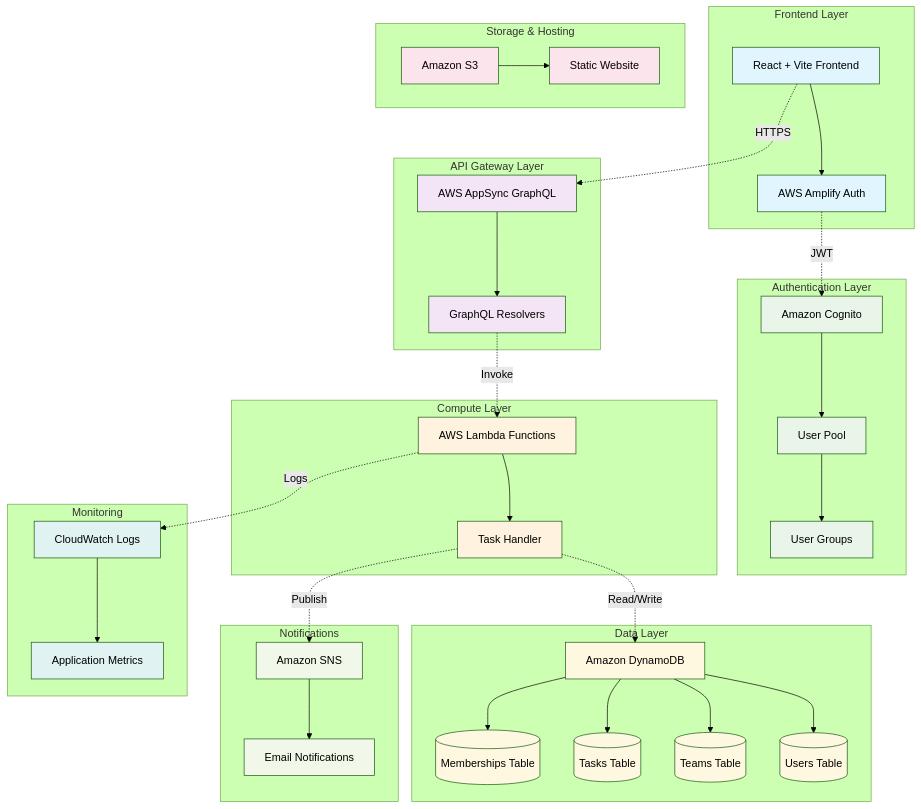
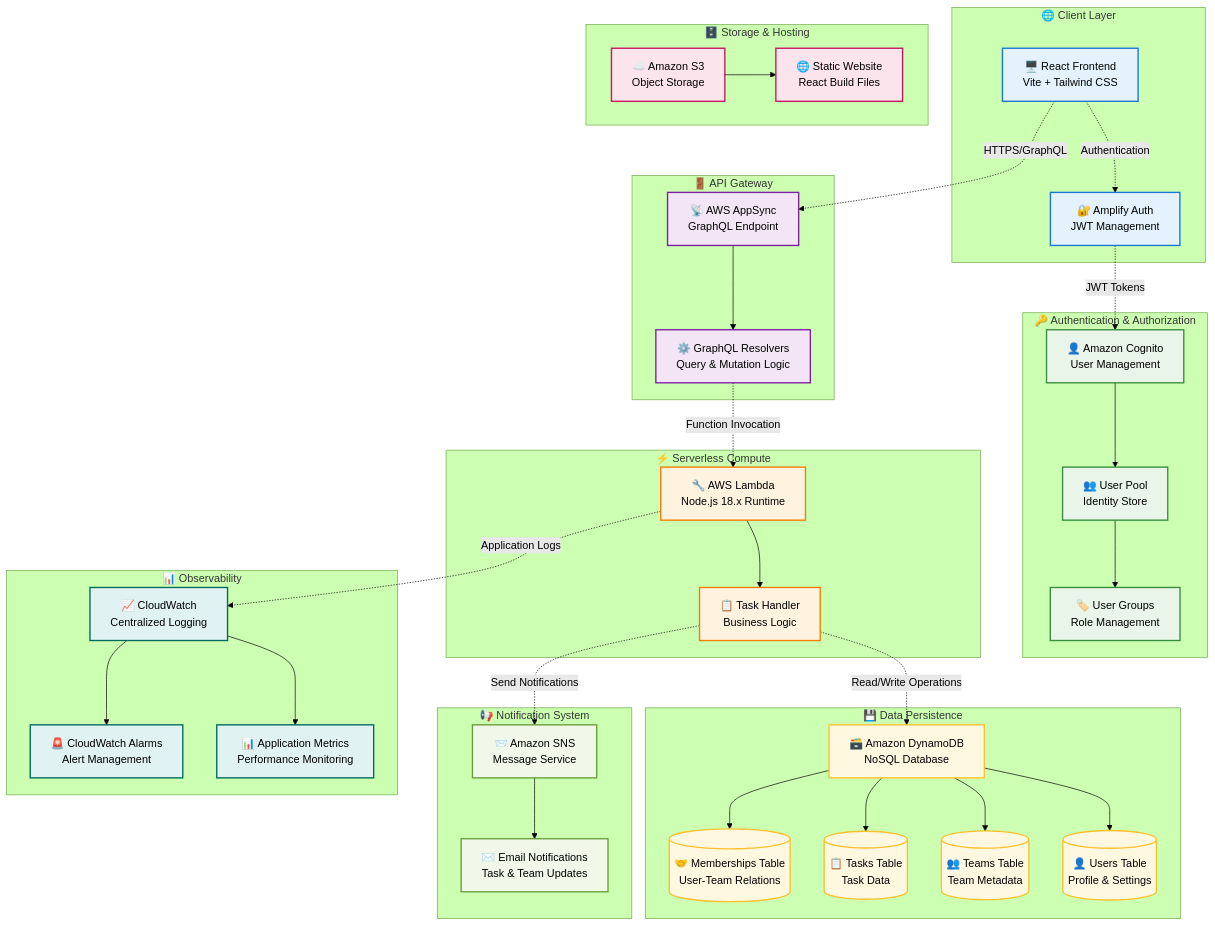
Before and after one commit to mangucletus/aws-serverless-task-management-system: the first of 6 diagrams in README.md, drawn with Mermaid (forest theme). The commit also changed other lines of this file and 21 other files, not shown here.

````diff
--- a/README.md
+++ b/README.md
@@ -29,76 +31,80 @@
 ```mermaid
 graph TB
-    subgraph "Frontend Layer"
-        UI[React + Vite Frontend]
-        AUTH[AWS Amplify Auth]
-        UI --> AUTH
+    subgraph "🌐 Client Layer"
+        UI[🖥️ React Frontend<br/>Vite + Tailwind CSS]
+        AUTH[🔐 Amplify Auth<br/>JWT Management]
+        UI -.->|Authentication| AUTH
     end
     
-    subgraph "API Gateway Layer"
-        APPSYNC[AWS AppSync GraphQL]
-        RESOLVERS[GraphQL Resolvers]
+    subgraph "🚪 API Gateway"
+        APPSYNC[📡 AWS AppSync<br/>GraphQL Endpoint]
+        RESOLVERS[⚙️ GraphQL Resolvers<br/>Query & Mutation Logic]
         APPSYNC --> RESOLVERS
     end
     
-    subgraph "Compute Layer"
-        LAMBDA[AWS Lambda Functions]
-        HANDLER[Task Handler]
+    subgraph "⚡ Serverless Compute"
+        LAMBDA[🔧 AWS Lambda<br/>Node.js 18.x Runtime]
+        HANDLER[📋 Task Handler<br/>Business Logic]
         LAMBDA --> HANDLER
     end
     
-    subgraph "Authentication Layer"
-        COGNITO[Amazon Cognito]
-        USERPOOL[User Pool]
-        GROUPS[User Groups]
+    subgraph "🔑 Authentication & Authorization"
+        COGNITO[👤 Amazon Cognito<br/>User Management]
+        USERPOOL[👥 User Pool<br/>Identity Store]
+        GROUPS[🏷️ User Groups<br/>Role Management]
         COGNITO --> USERPOOL
         USERPOOL --> GROUPS
     end
     
-    subgraph "Data Layer"
-        DYNAMODB[Amazon DynamoDB]
-        USERS[(Users Table)]
-        TEAMS[(Teams Table)]
-        TASKS[(Tasks Table)]
-        MEMBERS[(Memberships Table)]
+    subgraph "💾 Data Persistence"
+        DYNAMODB[🗃️ Amazon DynamoDB<br/>NoSQL Database]
+        USERS[(👤 Users Table<br/>Profile & Settings)]
+        TEAMS[(👥 Teams Table<br/>Team Metadata)]
+        TASKS[(📋 Tasks Table<br/>Task Data)]
+        MEMBERS[(🤝 Memberships Table<br/>User-Team Relations)]
         DYNAMODB --> USERS
         DYNAMODB --> TEAMS
         DYNAMODB --> TASKS
         DYNAMODB --> MEMBERS
     end
     
-    subgraph "Storage & Hosting"
-        S3[Amazon S3]
-        WEBSITE[Static Website]
+    subgraph "🗄️ Storage & Hosting"
+        S3[☁️ Amazon S3<br/>Object Storage]
+        WEBSITE[🌐 Static Website<br/>React Build Files]
         S3 --> WEBSITE
     end
     
-    subgraph "Notifications"
-        SNS[Amazon SNS]
-        NOTIFICATIONS[Email Notifications]
+    subgraph "📢 Notification System"
+        SNS[📨 Amazon SNS<br/>Message Service]
+        NOTIFICATIONS[✉️ Email Notifications<br/>Task & Team Updates]
         SNS --> NOTIFICATIONS
     end
     
-    subgraph "Monitoring"
-        CLOUDWATCH[CloudWatch Logs]
-        METRICS[Application Metrics]
+    subgraph "📊 Observability"
+        CLOUDWATCH[📈 CloudWatch<br/>Centralized Logging]
+        METRICS[📊 Application Metrics<br/>Performance Monitoring]
+        ALARMS[🚨 CloudWatch Alarms<br/>Alert Management]
         CLOUDWATCH --> METRICS
+        CLOUDWATCH --> ALARMS
     end
     
-    UI -.->|HTTPS| APPSYNC
-    AUTH -.->|JWT| COGNITO
-    RESOLVERS -.->|Invoke| LAMBDA
-    HANDLER -.->|Read/Write| DYNAMODB
-    HANDLER -.->|Publish| SNS
-    LAMBDA -.->|Logs| CLOUDWATCH
+    %% Data Flow Connections
+    UI -.->|HTTPS/GraphQL| APPSYNC
+    AUTH -.->|JWT Tokens| COGNITO
+    RESOLVERS -.->|Function Invocation| LAMBDA
+    HANDLER -.->|Read/Write Operations| DYNAMODB
+    HANDLER -.->|Send Notifications| SNS
+    LAMBDA -.->|Application Logs| CLOUDWATCH
     
-    classDef frontend fill:#e1f5fe
-    classDef api fill:#f3e5f5
-    classDef compute fill:#fff3e0
-    classDef auth fill:#e8f5e8
-    classDef data fill:#fff8e1
-    classDef storage fill:#fce4ec
-    classDef notification fill:#f1f8e9
-    classDef monitoring fill:#e0f2f1
+    %% Styling
+    classDef frontend fill:#e3f2fd,stroke:#1976d2,stroke-width:2px,color:#000
+    classDef api fill:#f3e5f5,stroke:#7b1fa2,stroke-width:2px,color:#000
+    classDef compute fill:#fff3e0,stroke:#f57c00,stroke-width:2px,color:#000
+    classDef auth fill:#e8f5e8,stroke:#388e3c,stroke-width:2px,color:#000
+    classDef data fill:#fff8e1,stroke:#fbc02d,stroke-width:2px,color:#000
+    classDef storage fill:#fce4ec,stroke:#c2185b,stroke-width:2px,color:#000
+    classDef notification fill:#f1f8e9,stroke:#689f38,stroke-width:2px,color:#000
+    classDef monitoring fill:#e0f2f1,stroke:#00695c,stroke-width:2px,color:#000
     
     class UI,AUTH frontend
     class APPSYNC,RESOLVERS api
@@ -107,5 +113,5 @@
     class DYNAMODB,USERS,TEAMS,TASKS,MEMBERS data
     class S3,WEBSITE storage
     class SNS,NOTIFICATIONS notification
-    class CLOUDWATCH,METRICS monitoring
+    class CLOUDWATCH,METRICS,ALARMS monitoring
 ```
````
